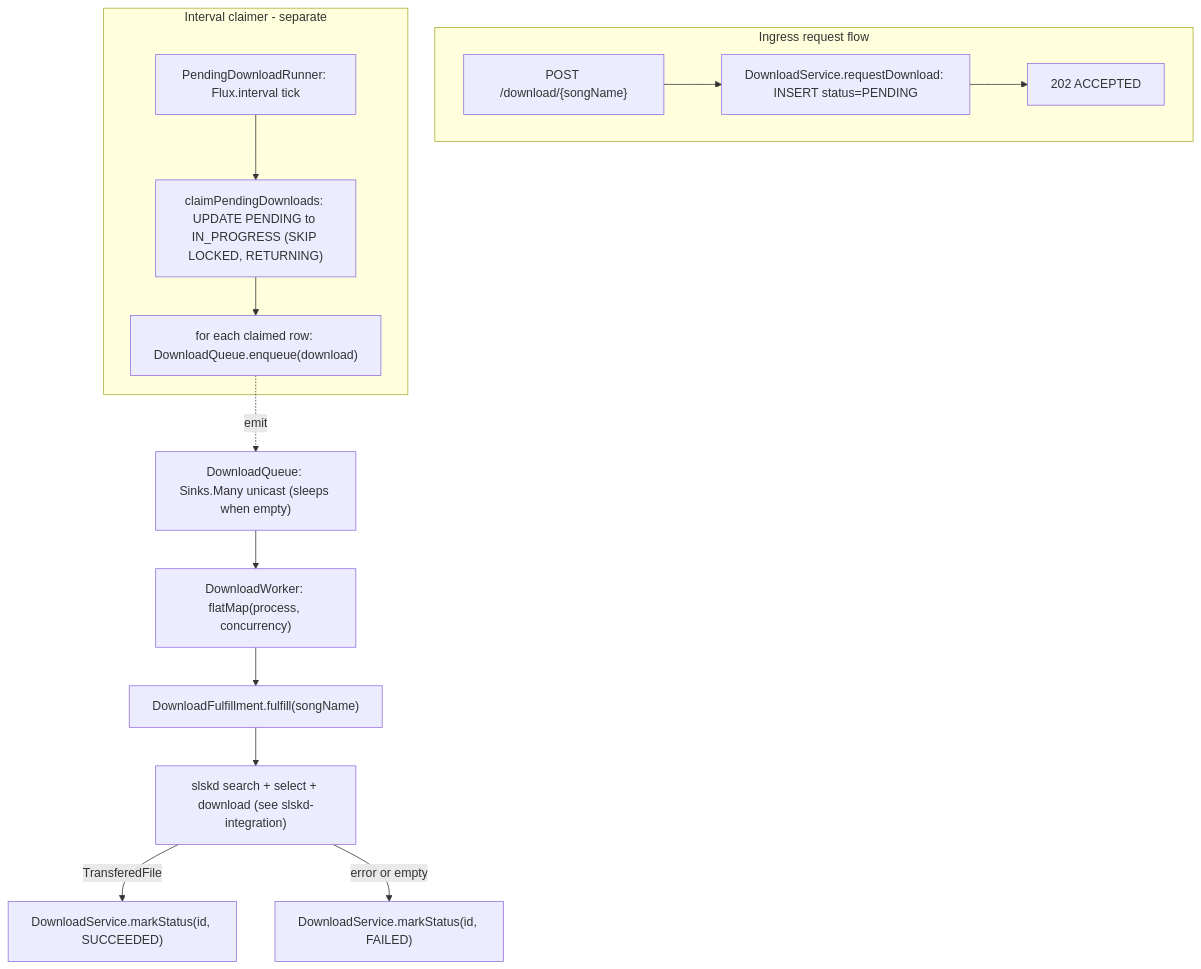
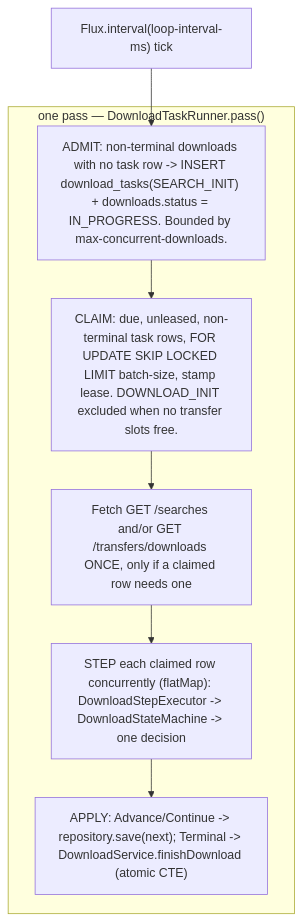
The diagram in docs/architecture/download-manager.md (catacomb5099/naviseerr), drawn with Mermaid before and after one commit. The commit also changed other lines of this file and 12 other files, not shown here.

First line of the commit message:
docs: describe the durable download state machine and retire the broker-based target

````diff
--- a/docs/architecture/download-manager.md
+++ b/docs/architecture/download-manager.md
@@ -17,17 +18,11 @@
 ```mermaid
 flowchart TD
-    subgraph ingress [Ingress request flow]
-      post["POST /download/{songName}"] --> insert["DownloadService.requestDownload: INSERT status=PENDING"]
-      insert --> ack["202 ACCEPTED"]
+    tick["Flux.interval(loop-interval-ms) tick"] --> admit
+    subgraph pass ["one pass — DownloadTaskRunner.pass()"]
+      admit["ADMIT: non-terminal downloads with no task row -> INSERT download_tasks(SEARCH_INIT) + downloads.status = IN_PROGRESS. Bounded by max-concurrent-downloads."]
+      admit --> claim["CLAIM: due, unleased, non-terminal task rows, FOR UPDATE SKIP LOCKED LIMIT batch-size, stamp lease. DOWNLOAD_INIT excluded when no transfer slots free."]
+      claim --> fetch["Fetch GET /searches and/or GET /transfers/downloads ONCE, only if a claimed row needs one"]
+      fetch --> step["STEP each claimed row concurrently (flatMap): DownloadStepExecutor -> DownloadStateMachine -> one decision"]
+      step --> apply["APPLY: Advance/Continue -> repository.save(next); Terminal -> DownloadService.finishDownload (atomic CTE)"]
     end
-    subgraph claim [Interval claimer - separate]
-      tick["PendingDownloadRunner: Flux.interval tick"] --> claimSql["claimPendingDownloads: UPDATE PENDING to IN_PROGRESS (SKIP LOCKED, RETURNING)"]
-      claimSql --> emit["for each claimed row: DownloadQueue.enqueue(download)"]
-    end
-    emit -. emit .-> sink["DownloadQueue: Sinks.Many unicast (sleeps when empty)"]
-    sink --> worker["DownloadWorker: flatMap(process, concurrency)"]
-    worker --> fulfill["DownloadFulfillment.fulfill(songName)"]
-    fulfill --> s1["slskd search + select + download (see slskd-integration)"]
-    s1 -->|TransferedFile| ok["DownloadService.markStatus(id, SUCCEEDED)"]
-    s1 -->|error or empty| fail["DownloadService.markStatus(id, FAILED)"]
 ```
````
